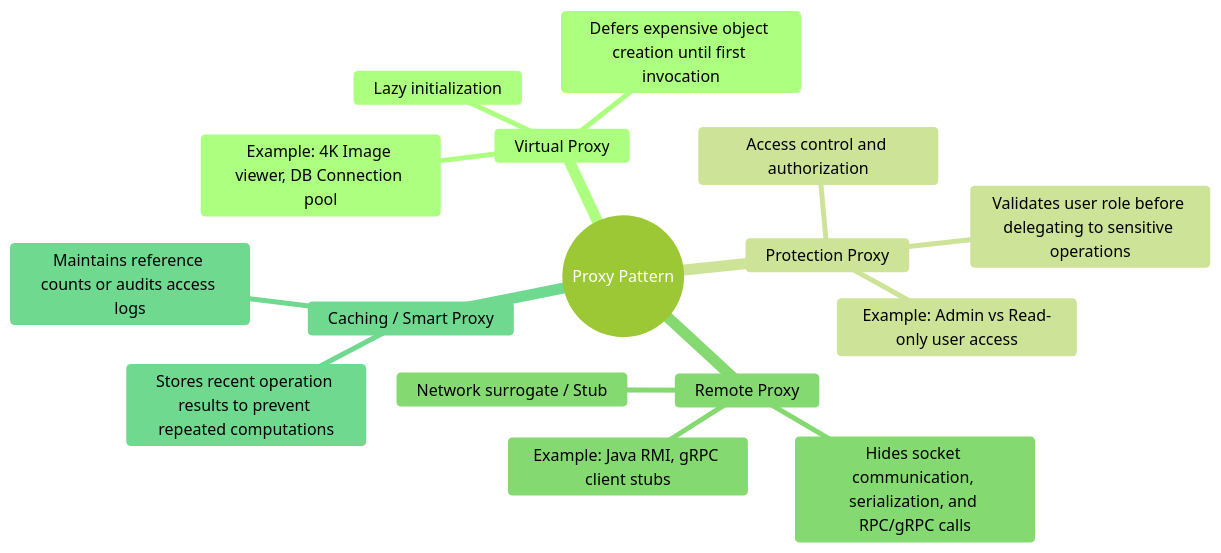
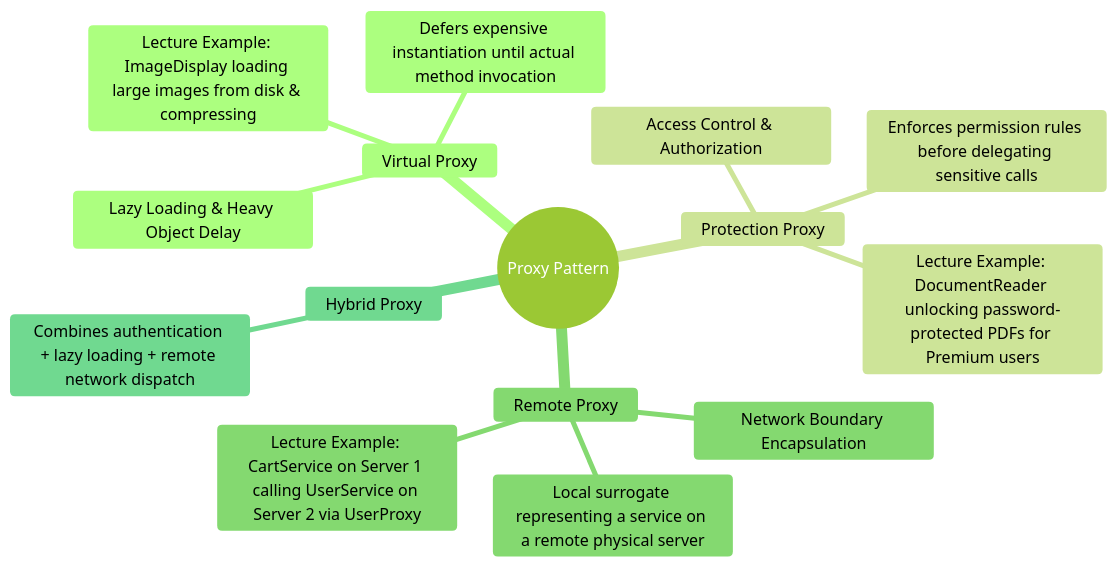
Before and after one commit to rohithgowda18/Notes: the second of 7 diagrams in 04-OOPs-and-Design-Patterns/03-Design-Patterns/21-Proxy-Design-Pattern.md, drawn with Mermaid (forest theme). The commit also changed other lines of this file and 30 other files, not shown here.

````diff
--- a/04-OOPs-and-Design-Patterns/03-Design-Patterns/21-Proxy-Design-Pattern.md
+++ b/04-OOPs-and-Design-Patterns/03-Design-Patterns/21-Proxy-Design-Pattern.md
@@ -17,19 +35,18 @@
 ```mermaid
 mindmap
   root((Proxy Pattern))
     Virtual Proxy
-      Lazy initialization
-      Defers expensive object creation until first invocation
-      Example: 4K Image viewer, DB Connection pool
+      Lazy Loading & Heavy Object Delay
+      Defers expensive instantiation until actual method invocation
+      Lecture Example: ImageDisplay loading large images from disk & compressing
     Protection Proxy
-      Access control and authorization
-      Validates user role before delegating to sensitive operations
-      Example: Admin vs Read-only user access
+      Access Control & Authorization
+      Enforces permission rules before delegating sensitive calls
+      Lecture Example: DocumentReader unlocking password-protected PDFs for Premium users
     Remote Proxy
-      Network surrogate / Stub
-      Hides socket communication, serialization, and RPC/gRPC calls
-      Example: Java RMI, gRPC client stubs
-    Caching / Smart Proxy
-      Stores recent operation results to prevent repeated computations
-      Maintains reference counts or audits access logs
+      Network Boundary Encapsulation
+      Local surrogate representing a service on a remote physical server
+      Lecture Example: CartService on Server 1 calling UserService on Server 2 via UserProxy
+    Hybrid Proxy
+      Combines authentication + lazy loading + remote network dispatch
 ```
````
